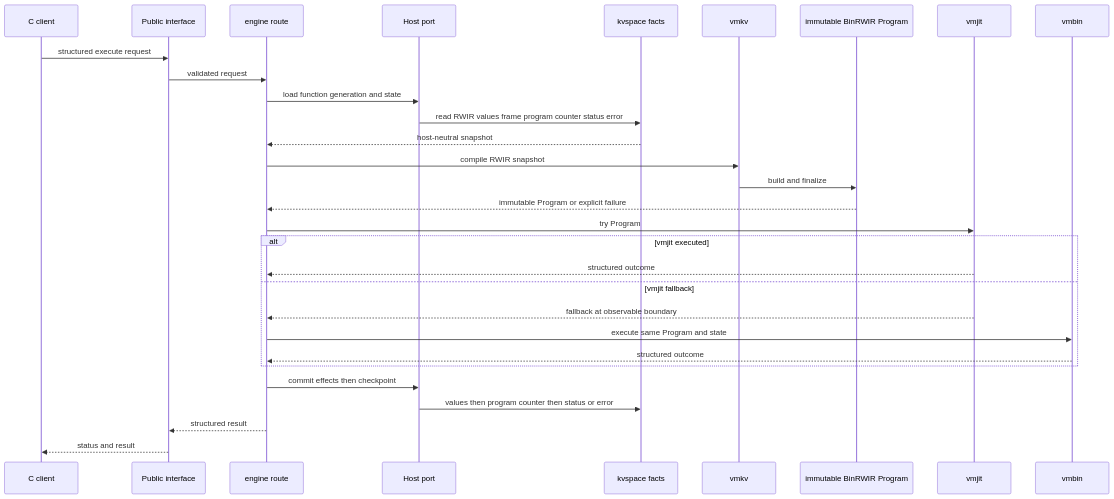
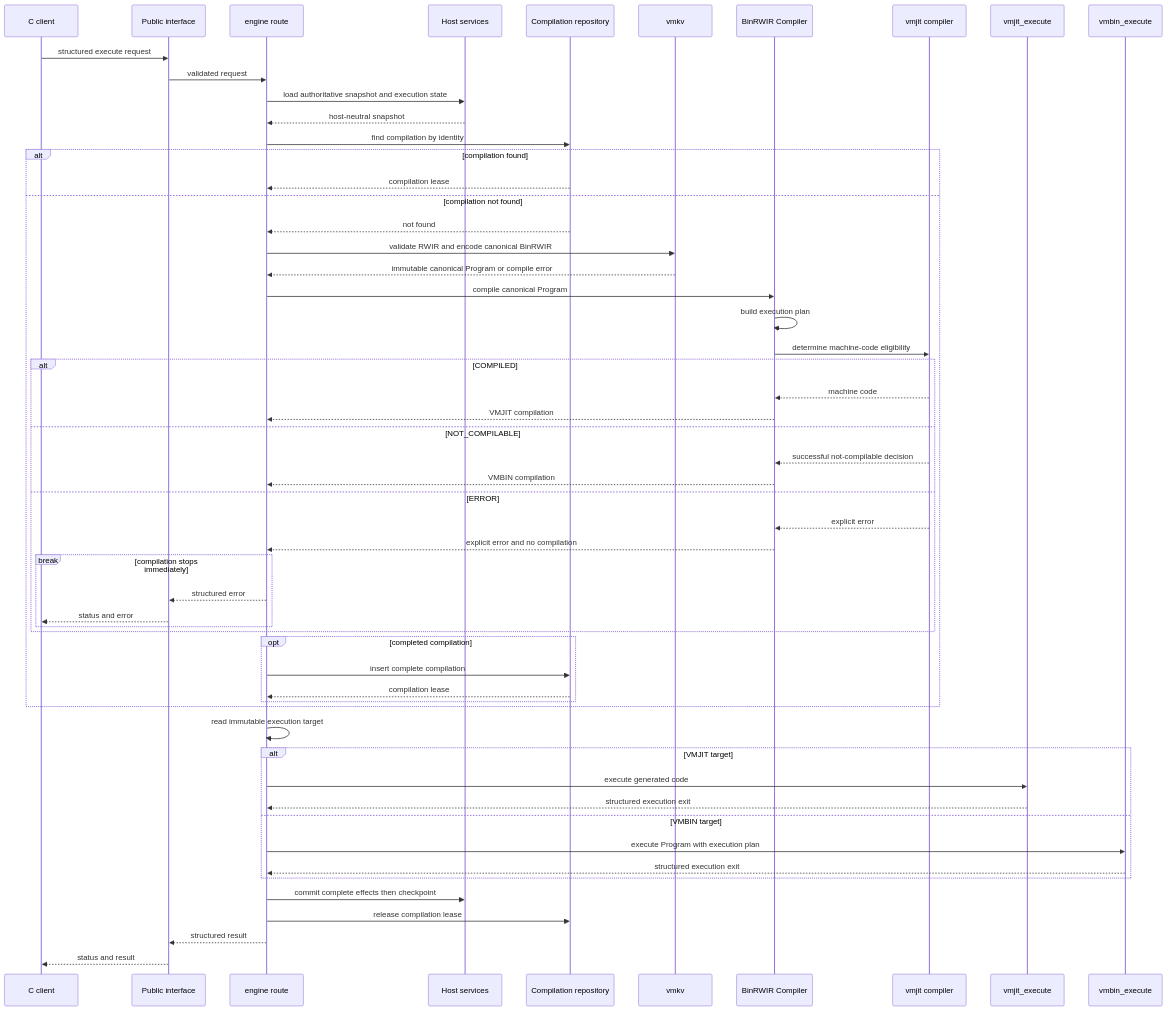
The diagram in runtimec/documentation/architecture/runtimec-execution.mmd (array2d/kvlang), drawn with Mermaid before and after one commit. The commit also changed 106 other files, not shown here.

Commit message:
refactor(runtimec): compile BinRWIR before execution selection

```diff
--- a/runtimec/documentation/architecture/runtimec-execution.mmd
+++ b/runtimec/documentation/architecture/runtimec-execution.mmd
@@ -1,31 +1,57 @@
 sequenceDiagram
   participant Client as C client
   participant Interface as Public interface
   participant Route as engine route
-  participant Host as Host port
-  participant Kvspace as kvspace facts
+  participant Host as Host services
+  participant Repository as Compilation repository
   participant Vmkv as vmkv
-  participant Program as immutable BinRWIR Program
-  participant Vmjit as vmjit
-  participant Vmbin as vmbin
+  participant Compiler as BinRWIR Compiler
+  participant VmjitCompiler as vmjit compiler
+  participant VmjitExecute as vmjit_execute
+  participant VmbinExecute as vmbin_execute
 
   Client->>Interface: structured execute request
   Interface->>Route: validated request
-  Route->>Host: load function generation and state
-  Host->>Kvspace: read RWIR values frame program counter status error
-  Kvspace-->>Route: host-neutral snapshot
-  Route->>Vmkv: compile RWIR snapshot
-  Vmkv->>Program: build and finalize
-  Program-->>Route: immutable Program or explicit failure
-  Route->>Vmjit: try Program
-  alt vmjit executed
-    Vmjit-->>Route: structured outcome
-  else vmjit fallback
-    Vmjit-->>Route: fallback at observable boundary
-    Route->>Vmbin: execute same Program and state
-    Vmbin-->>Route: structured outcome
+  Route->>Host: load authoritative snapshot and execution state
+  Host-->>Route: host-neutral snapshot
+  Route->>Repository: find compilation by identity
+  alt compilation found
+    Repository-->>Route: compilation lease
+  else compilation not found
+    Repository-->>Route: not found
+    Route->>Vmkv: validate RWIR and encode canonical BinRWIR
+    Vmkv-->>Route: immutable canonical Program or compile error
+    Route->>Compiler: compile canonical Program
+    Compiler->>Compiler: build execution plan
+    Compiler->>VmjitCompiler: determine machine-code eligibility
+    alt COMPILED
+      VmjitCompiler-->>Compiler: machine code
+      Compiler-->>Route: VMJIT compilation
+    else NOT_COMPILABLE
+      VmjitCompiler-->>Compiler: successful not-compilable decision
+      Compiler-->>Route: VMBIN compilation
+    else ERROR
+      VmjitCompiler-->>Compiler: explicit error
+      Compiler-->>Route: explicit error and no compilation
+      break compilation stops immediately
+        Route-->>Interface: structured error
+        Interface-->>Client: status and error
+      end
+    end
+    opt completed compilation
+      Route->>Repository: insert complete compilation
+      Repository-->>Route: compilation lease
+    end
   end
-  Route->>Host: commit effects then checkpoint
-  Host->>Kvspace: values then program counter then status or error
+  Route->>Route: read immutable execution target
+  alt VMJIT target
+    Route->>VmjitExecute: execute generated code
+    VmjitExecute-->>Route: structured execution exit
+  else VMBIN target
+    Route->>VmbinExecute: execute Program with execution plan
+    VmbinExecute-->>Route: structured execution exit
+  end
+  Route->>Host: commit complete effects then checkpoint
+  Route->>Repository: release compilation lease
   Route-->>Interface: structured result
   Interface-->>Client: status and result
```
